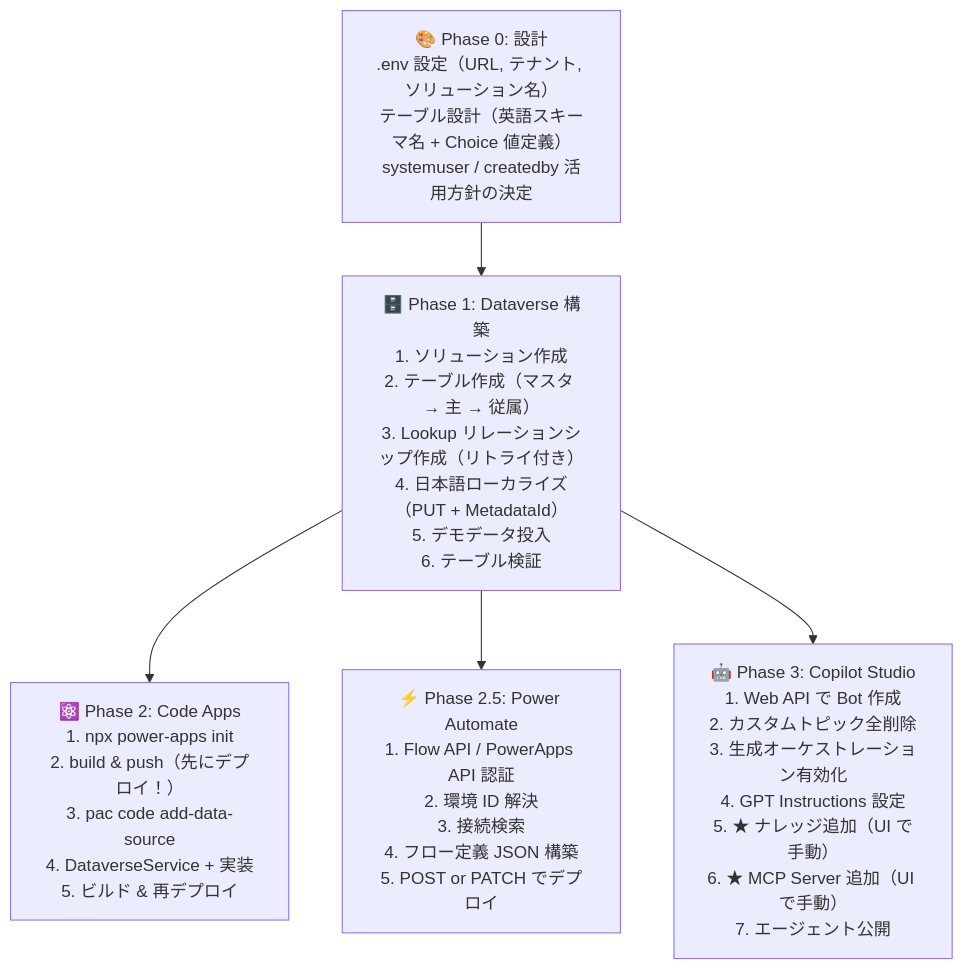
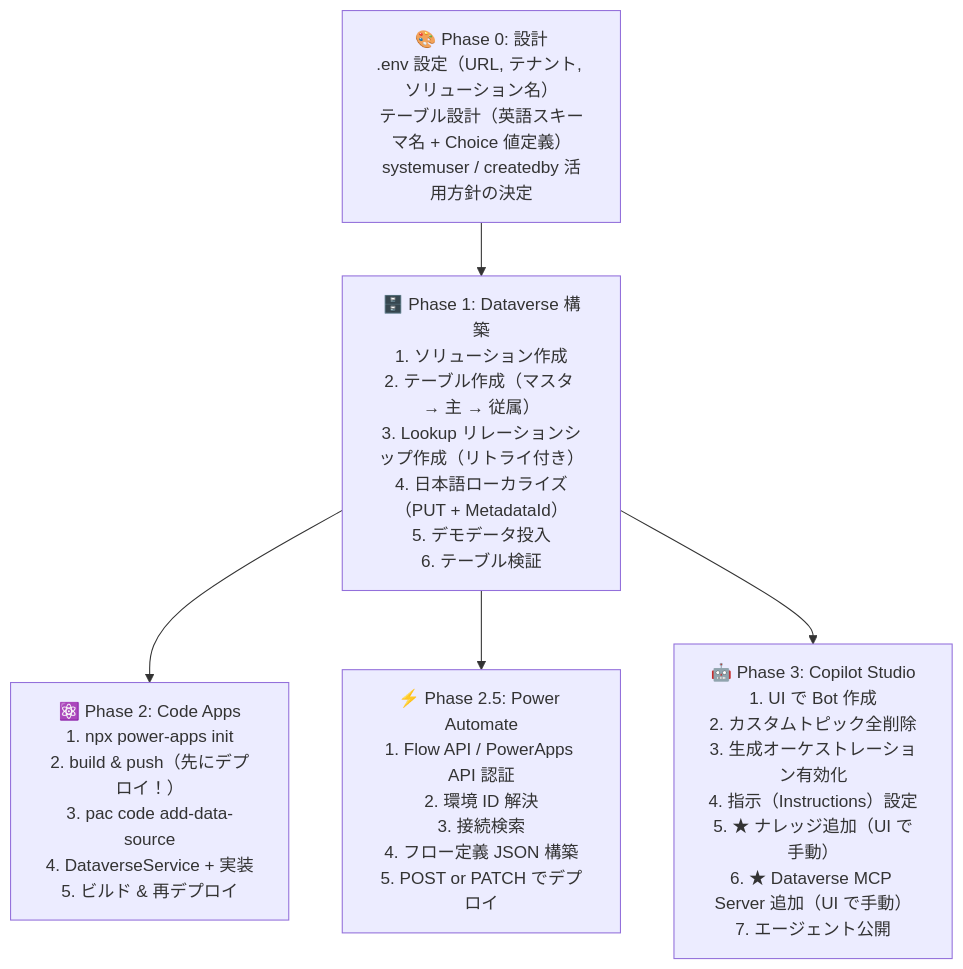
The diagram in docs/POWER_PLATFORM_DEVELOPMENT_STANDARD.md (PLUG365/DecisionFlow), drawn with Mermaid before and after one commit. The commit also changed other lines of this file and 20 other files, not shown here.

````diff
--- a/docs/POWER_PLATFORM_DEVELOPMENT_STANDARD.md
+++ b/docs/POWER_PLATFORM_DEVELOPMENT_STANDARD.md
@@ -1073,17 +1090,17 @@
 ```mermaid
 flowchart TD
     P0["🎨 Phase 0: 設計\n.env 設定（URL, テナント, ソリューション名）\nテーブル設計（英語スキーマ名 + Choice 値定義）\nsystemuser / createdby 活用方針の決定"]
 
     P1["🗄️ Phase 1: Dataverse 構築\n1. ソリューション作成\n2. テーブル作成（マスタ → 主 → 従属）\n3. Lookup リレーションシップ作成（リトライ付き）\n4. 日本語ローカライズ（PUT + MetadataId）\n5. デモデータ投入\n6. テーブル検証"]
 
     P2["⚛️ Phase 2: Code Apps\n1. npx power-apps init\n2. build & push（先にデプロイ！）\n3. pac code add-data-source\n4. DataverseService + 実装\n5. ビルド & 再デプロイ"]
 
     P25["⚡ Phase 2.5: Power Automate\n1. Flow API / PowerApps API 認証\n2. 環境 ID 解決\n3. 接続検索\n4. フロー定義 JSON 構築\n5. POST or PATCH でデプロイ"]
 
-    P3["🤖 Phase 3: Copilot Studio\n1. Web API で Bot 作成\n2. カスタムトピック全削除\n3. 生成オーケストレーション有効化\n4. GPT Instructions 設定\n5. ★ ナレッジ追加（UI で手動）\n6. ★ MCP Server 追加（UI で手動）\n7. エージェント公開"]
+    P3["🤖 Phase 3: Copilot Studio\n1. UI で Bot 作成\n2. カスタムトピック全削除\n3. 生成オーケストレーション有効化\n4. 指示（Instructions）設定\n5. ★ ナレッジ追加（UI で手動）\n6. ★ Dataverse MCP Server 追加（UI で手動）\n7. エージェント公開"]
 
     P0 --> P1
     P1 --> P2
     P1 --> P25
     P1 --> P3
 ```
````
